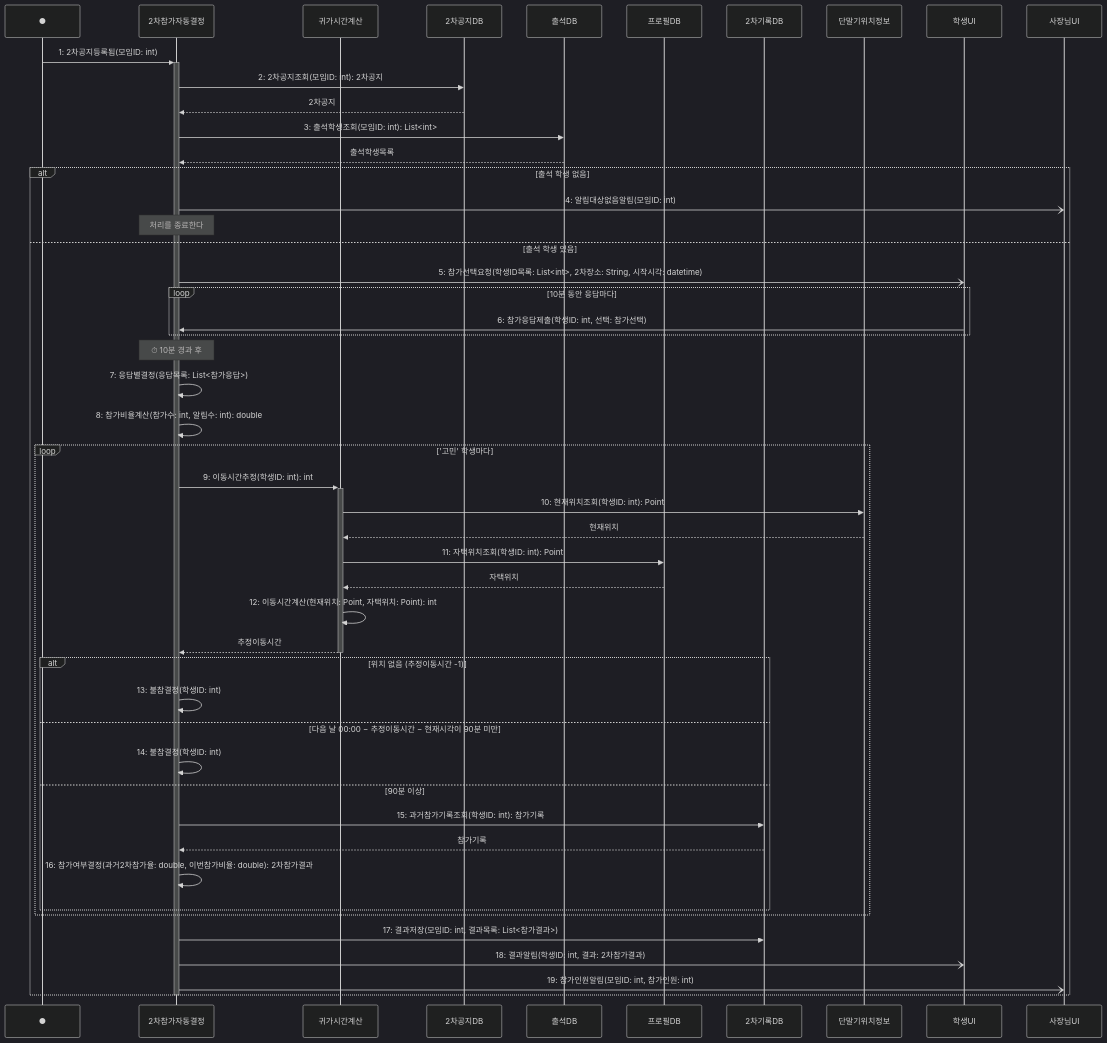
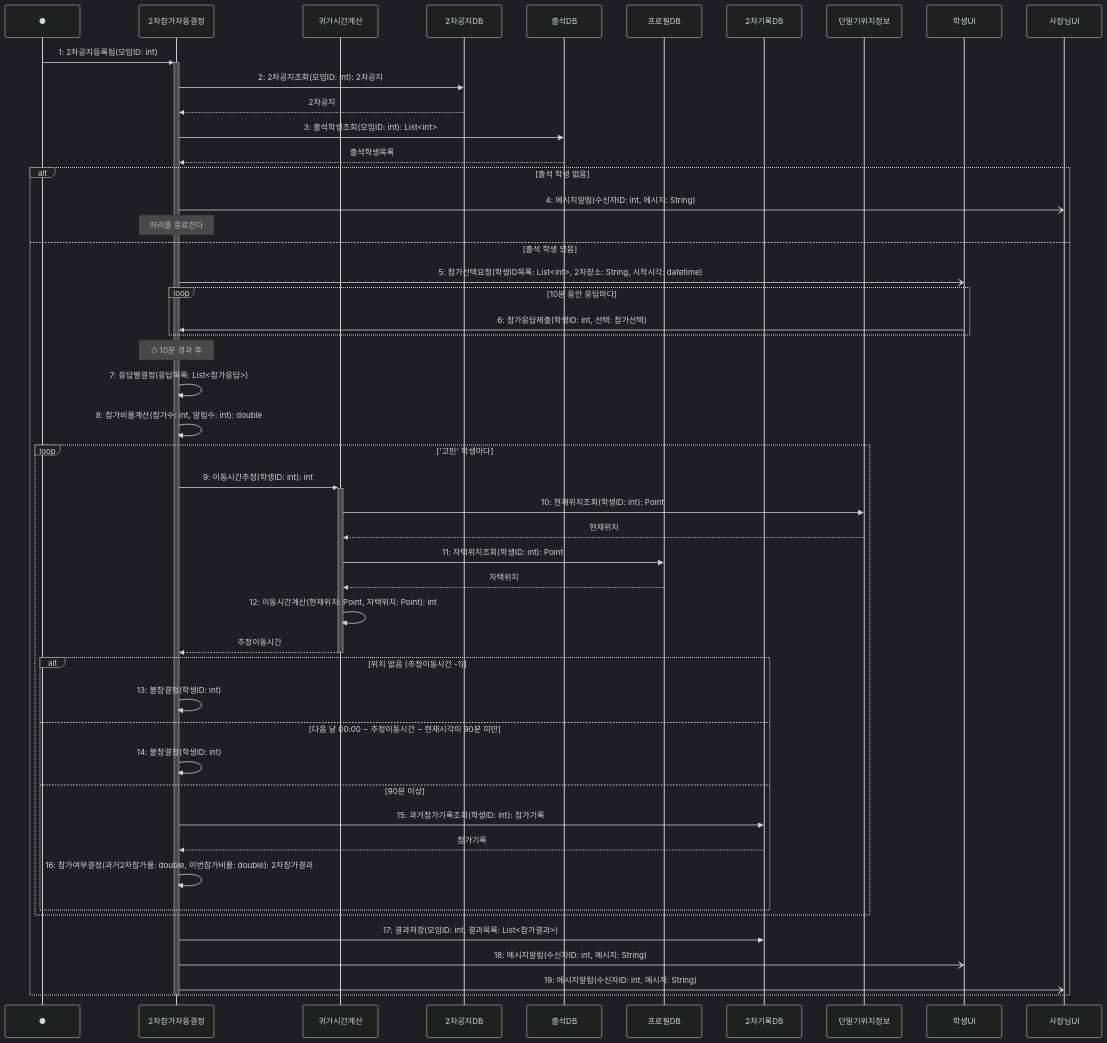
The diagram in sequence/seq-20.md (hojae3/sw-engineering-16), drawn with Mermaid (dark theme) before and after one commit. The commit also changed other lines of this file and 19 other files, not shown here.

````diff
--- a/sequence/seq-20.md
+++ b/sequence/seq-20.md
@@ -28,57 +28,57 @@
 ```mermaid
 sequenceDiagram
     participant Found as ●
     participant 결정 as 2차참가자동결정
     participant 귀가 as 귀가시간계산
     participant 공지DB as 2차공지DB
     participant 출석DB as 출석DB
     participant 프로필DB as 프로필DB
     participant 기록DB as 2차기록DB
     participant 위치 as 단말기위치정보
     participant 학생UI as 학생UI
     participant 사장님UI as 사장님UI
 
     Found->>+결정: 1: 2차공지등록됨(모임ID: int)
     결정->>공지DB: 2: 2차공지조회(모임ID: int): 2차공지
     공지DB-->>결정: 2차공지
     결정->>출석DB: 3: 출석학생조회(모임ID: int): List<int>
     출석DB-->>결정: 출석학생목록
 
     alt 출석 학생 없음
-        결정-)사장님UI: 4: 알림대상없음알림(모임ID: int)
+        결정-)사장님UI: 4: 메시지알림(수신자ID: int, 메시지: String)
         Note over 결정: 처리를 종료한다
     else 출석 학생 있음
         결정-)학생UI: 5: 참가선택요청(학생ID목록: List<int>, 2차장소: String, 시작시각: datetime)
         loop 10분 동안 응답마다
             학생UI->>결정: 6: 참가응답제출(학생ID: int, 선택: 참가선택)
         end
         Note over 결정: ⏱ 10분 경과 후
         결정->>결정: 7: 응답별결정(응답목록: List<참가응답>)
         결정->>결정: 8: 참가비율계산(참가수: int, 알림수: int): double
 
         loop '고민' 학생마다
             결정->>+귀가: 9: 이동시간추정(학생ID: int): int
             귀가->>위치: 10: 현재위치조회(학생ID: int): Point
             위치-->>귀가: 현재위치
             귀가->>프로필DB: 11: 자택위치조회(학생ID: int): Point
             프로필DB-->>귀가: 자택위치
             귀가->>귀가: 12: 이동시간계산(현재위치: Point, 자택위치: Point): int
             귀가-->>-결정: 추정이동시간
 
             alt 위치 없음 (추정이동시간 -1)
                 결정->>결정: 13: 불참결정(학생ID: int)
             else 다음 날 00:00 − 추정이동시간 − 현재시각이 90분 미만
                 결정->>결정: 14: 불참결정(학생ID: int)
             else 90분 이상
                 결정->>기록DB: 15: 과거참가기록조회(학생ID: int): 참가기록
                 기록DB-->>결정: 참가기록
                 결정->>결정: 16: 참가여부결정(과거2차참가율: double, 이번참가비율: double): 2차참가결과
             end
         end
 
         결정->>기록DB: 17: 결과저장(모임ID: int, 결과목록: List<참가결과>)
-        결정-)학생UI: 18: 결과알림(학생ID: int, 결과: 2차참가결과)
-        결정-)사장님UI: 19: 참가인원알림(모임ID: int, 참가인원: int)
+        결정-)학생UI: 18: 메시지알림(수신자ID: int, 메시지: String)
+        결정-)사장님UI: 19: 메시지알림(수신자ID: int, 메시지: String)
     end
     deactivate 결정
 ```
````
